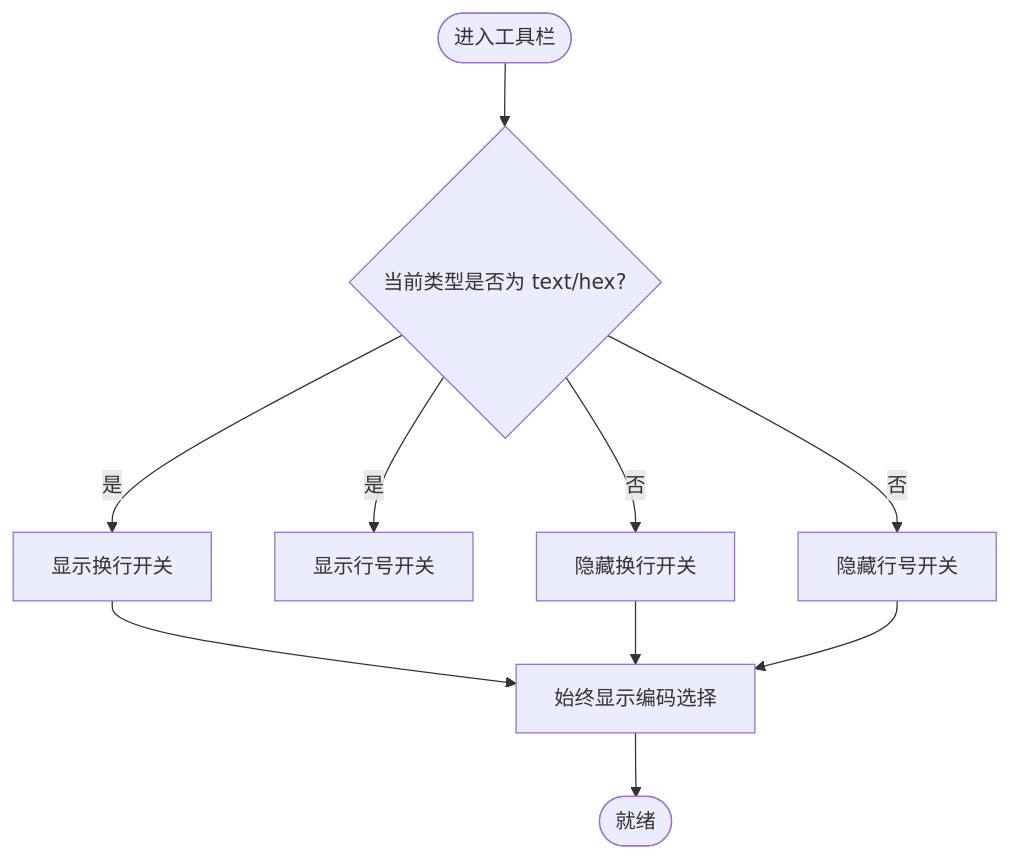
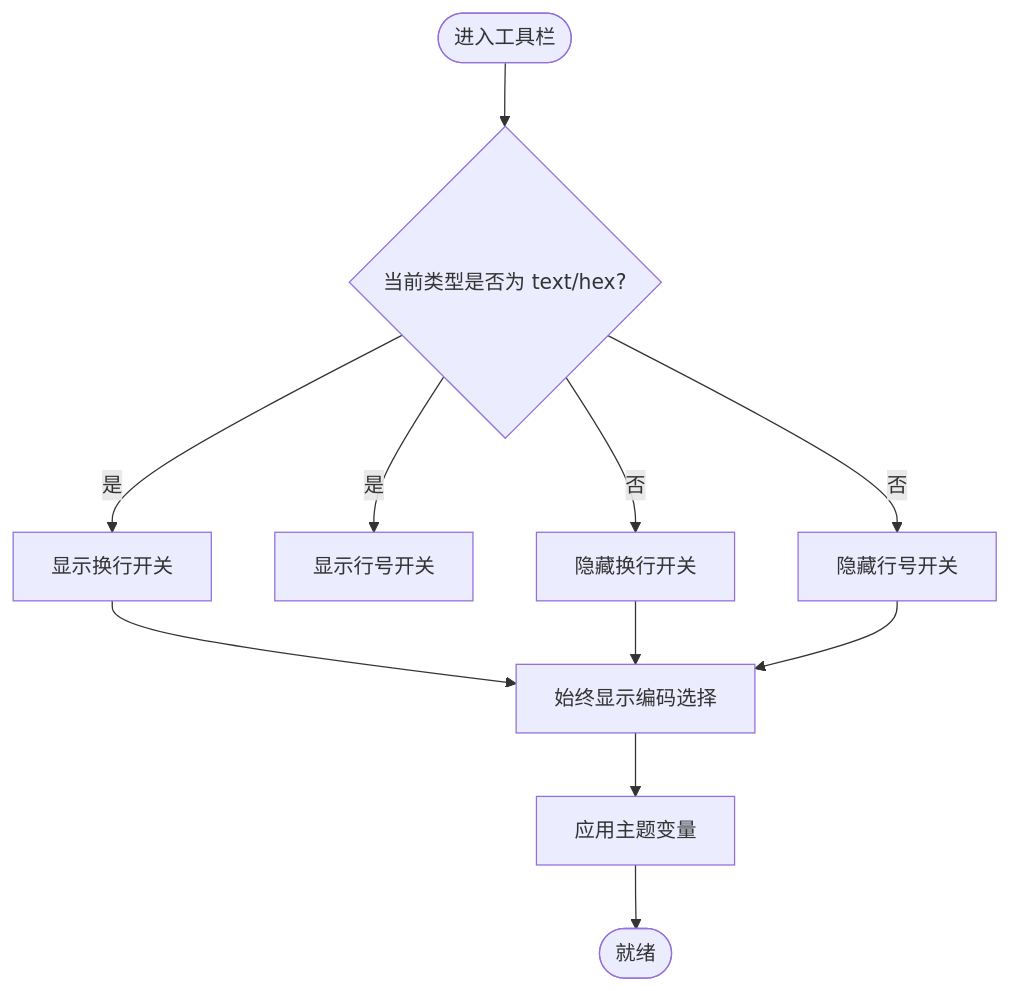
Before and after one commit to taoweidong/Hello-Tauri: the third of 6 diagrams in .qoder/repowiki/zh/content/架构设计/组件层次结构/工作区组件/预览工具栏组件.md, drawn with Mermaid. The commit also changed other lines of this file and 14 other files, not shown here.

````diff
--- a/.qoder/repowiki/zh/content/架构设计/组件层次结构/工作区组件/预览工具栏组件.md
+++ b/.qoder/repowiki/zh/content/架构设计/组件层次结构/工作区组件/预览工具栏组件.md
@@ -120,12 +135,13 @@
 ```mermaid
 flowchart TD
 Start(["进入工具栏"]) --> CheckType{"当前类型是否为 text/hex?"}
 CheckType --> |是| ShowWrap["显示换行开关"]
 CheckType --> |是| ShowLineNo["显示行号开关"]
 CheckType --> |否| HideWrap["隐藏换行开关"]
 CheckType --> |否| HideLineNo["隐藏行号开关"]
 ShowWrap --> AlwaysShowEncoding["始终显示编码选择"]
 HideWrap --> AlwaysShowEncoding
 HideLineNo --> AlwaysShowEncoding
-AlwaysShowEncoding --> End(["就绪"])
+AlwaysShowEncoding --> ApplyTheme["应用主题变量"]
+ApplyTheme --> End(["就绪"])
 ```
````
